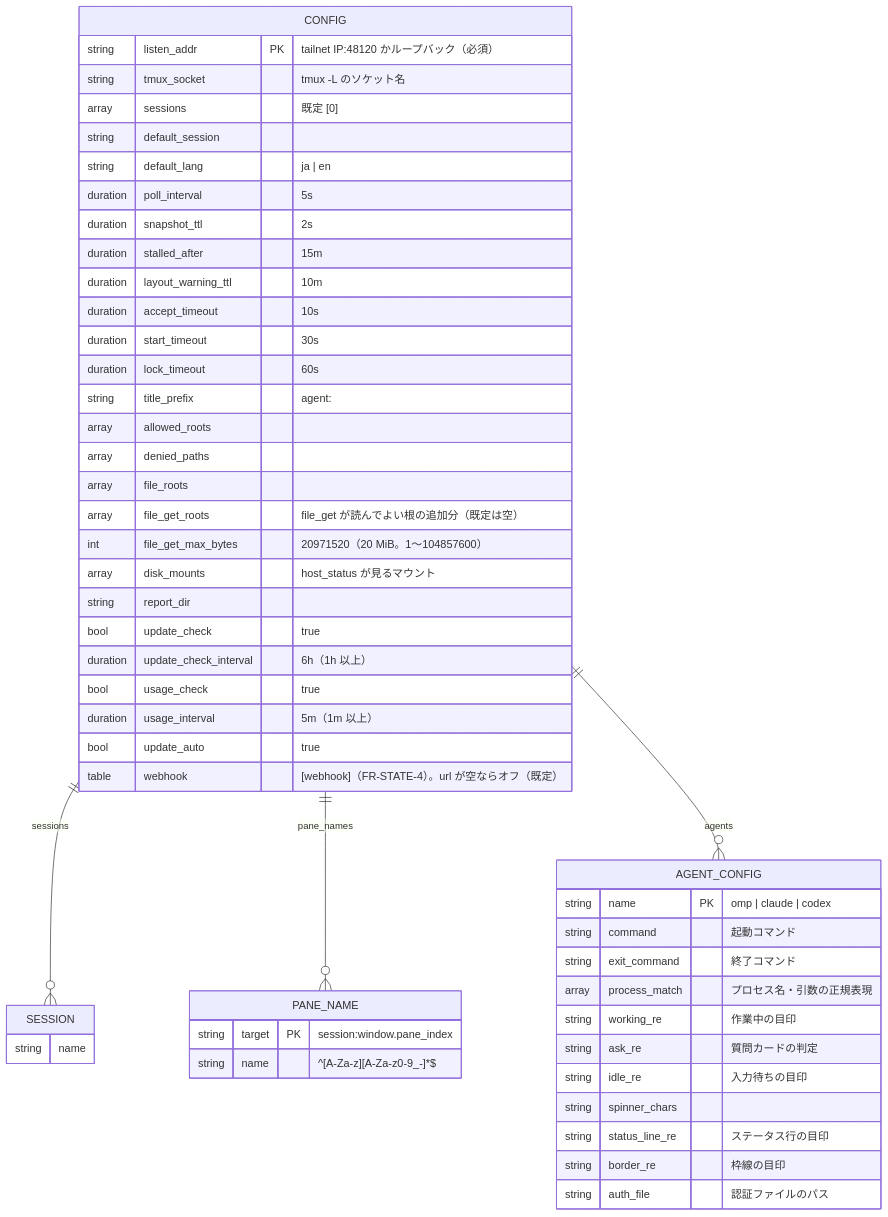
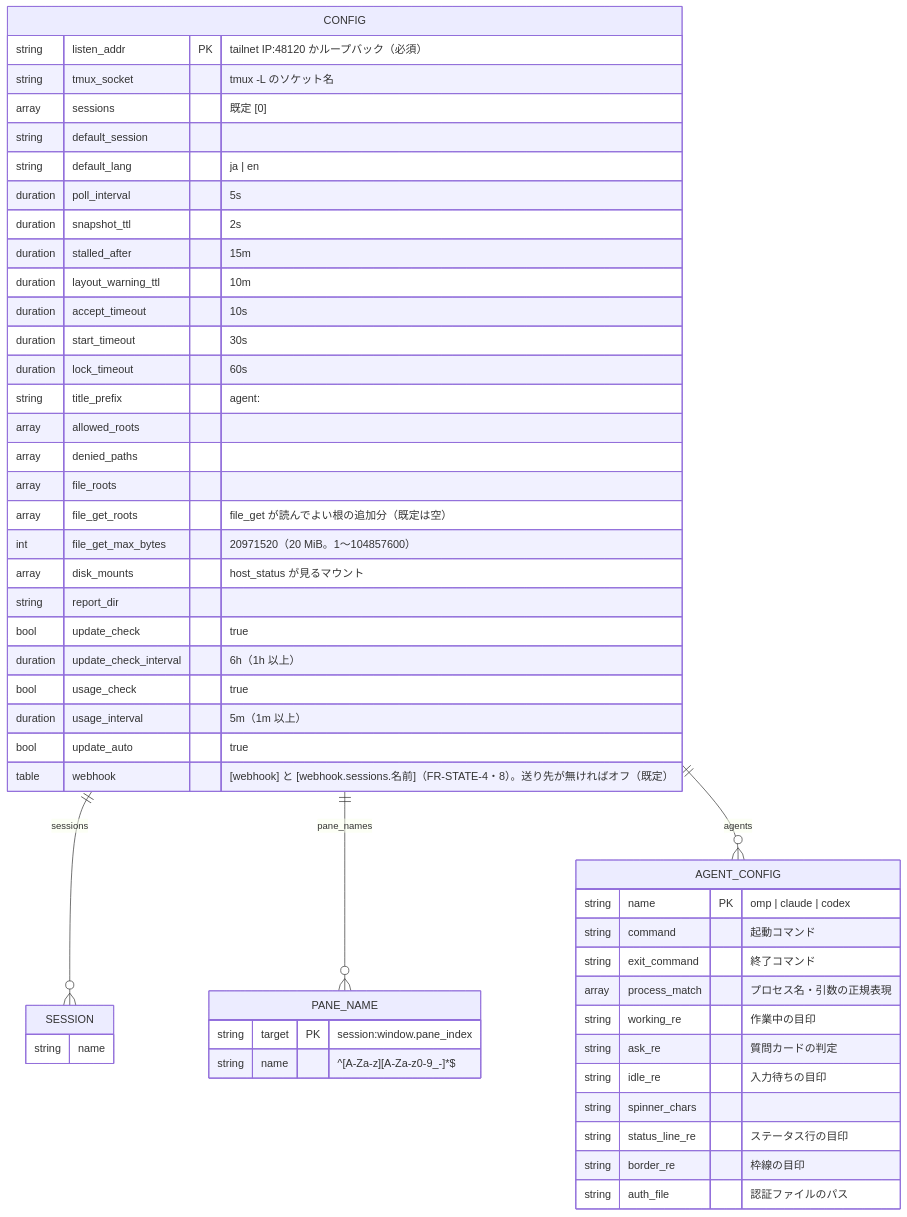
The first of 2 diagrams in docs/architecture/er-config.md (ousiassllc/swarm-console), drawn with Mermaid before and after one commit. The commit also changed other lines of this file and 22 other files, not shown here.

````diff
--- a/docs/architecture/er-config.md
+++ b/docs/architecture/er-config.md
@@ -9,55 +9,55 @@
 ```mermaid
 erDiagram
     CONFIG ||--o{ SESSION : "sessions"
     CONFIG ||--o{ PANE_NAME : "pane_names"
     CONFIG ||--o{ AGENT_CONFIG : "agents"
 
     CONFIG {
         string listen_addr PK "tailnet IP:48120 かループバック（必須）"
         string tmux_socket "tmux -L のソケット名"
         array sessions "既定 [0]"
         string default_session
         string default_lang "ja | en"
         duration poll_interval "5s"
         duration snapshot_ttl "2s"
         duration stalled_after "15m"
         duration layout_warning_ttl "10m"
         duration accept_timeout "10s"
         duration start_timeout "30s"
         duration lock_timeout "60s"
         string title_prefix "agent: "
         array allowed_roots
         array denied_paths
         array file_roots
         array file_get_roots "file_get が読んでよい根の追加分（既定は空）"
         int file_get_max_bytes "20971520（20 MiB。1〜104857600）"
         array disk_mounts "host_status が見るマウント"
         string report_dir
         bool update_check "true"
         duration update_check_interval "6h（1h 以上）"
         bool usage_check "true"
         duration usage_interval "5m（1m 以上）"
         bool update_auto "true"
-        table webhook "[webhook]（FR-STATE-4）。url が空ならオフ（既定）"
+        table webhook "[webhook] と [webhook.sessions.名前]（FR-STATE-4・8）。送り先が無ければオフ（既定）"
     }
     SESSION {
         string name
     }
     PANE_NAME {
         string target PK "session:window.pane_index"
         string name "^[A-Za-z][A-Za-z0-9_-]*$"
     }
     AGENT_CONFIG {
         string name PK "omp | claude | codex"
         string command "起動コマンド"
         string exit_command "終了コマンド"
         array process_match "プロセス名・引数の正規表現"
         string working_re "作業中の目印"
         string ask_re "質問カードの判定"
         string idle_re "入力待ちの目印"
         string spinner_chars
         string status_line_re "ステータス行の目印"
         string border_re "枠線の目印"
         string auth_file "認証ファイルのパス"
     }
 ```
````
